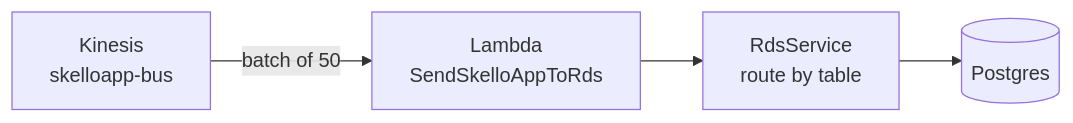
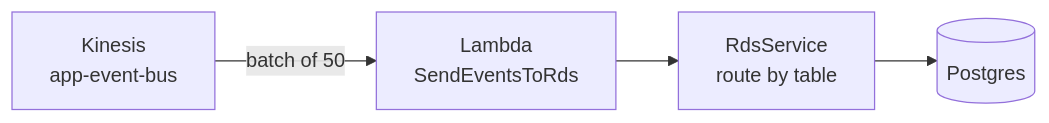
The fourth of 5 diagrams in plugins/claudio-spec/skills/onboarding/references/big-picture.md (jrollin/claudio), drawn with Mermaid before and after one commit. The commit also changed 3 other files, not shown here.

````diff
--- a/plugins/claudio-spec/skills/onboarding/references/big-picture.md
+++ b/plugins/claudio-spec/skills/onboarding/references/big-picture.md
@@ -105,4 +105,4 @@
 ```mermaid
 flowchart LR
-  kin["Kinesis<br/>skelloapp-bus"] -->|"batch of 50"| lam["Lambda<br/>SendSkelloAppToRds"] --> rds["RdsService<br/>route by table"] --> db[("Postgres")]
+  kin["Kinesis<br/>app-event-bus"] -->|"batch of 50"| lam["Lambda<br/>SendEventsToRds"] --> rds["RdsService<br/>route by table"] --> db[("Postgres")]
 ```
````
